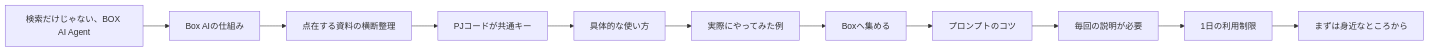
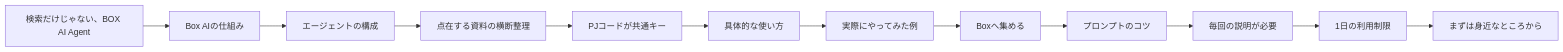
The diagram in Box_AI_営業活用ガイド_HTML動画_設計書.md (sakoda-stack/box-ai-sales-guide-video), drawn with Mermaid before and after one commit. The commit also changed other lines of this file and 6 other files, not shown here.

````diff
--- a/Box_AI_営業活用ガイド_HTML動画_設計書.md
+++ b/Box_AI_営業活用ガイド_HTML動画_設計書.md
@@ -90,13 +93,14 @@
 ```mermaid
 flowchart LR
     A[検索だけじゃない、BOX AI Agent] --> B[Box AIの仕組み]
-    B --> C[点在する資料の横断整理]
+    B --> B2[エージェントの構成]
+    B2 --> C[点在する資料の横断整理]
     C --> D[PJコードが共通キー]
     D --> E[具体的な使い方]
     E --> F[実際にやってみた例]
     F --> G[Boxへ集める]
     G --> H[プロンプトのコツ]
     H --> I[毎回の説明が必要]
     I --> J[1日の利用制限]
     J --> K[まずは身近なところから]
 ```
````
